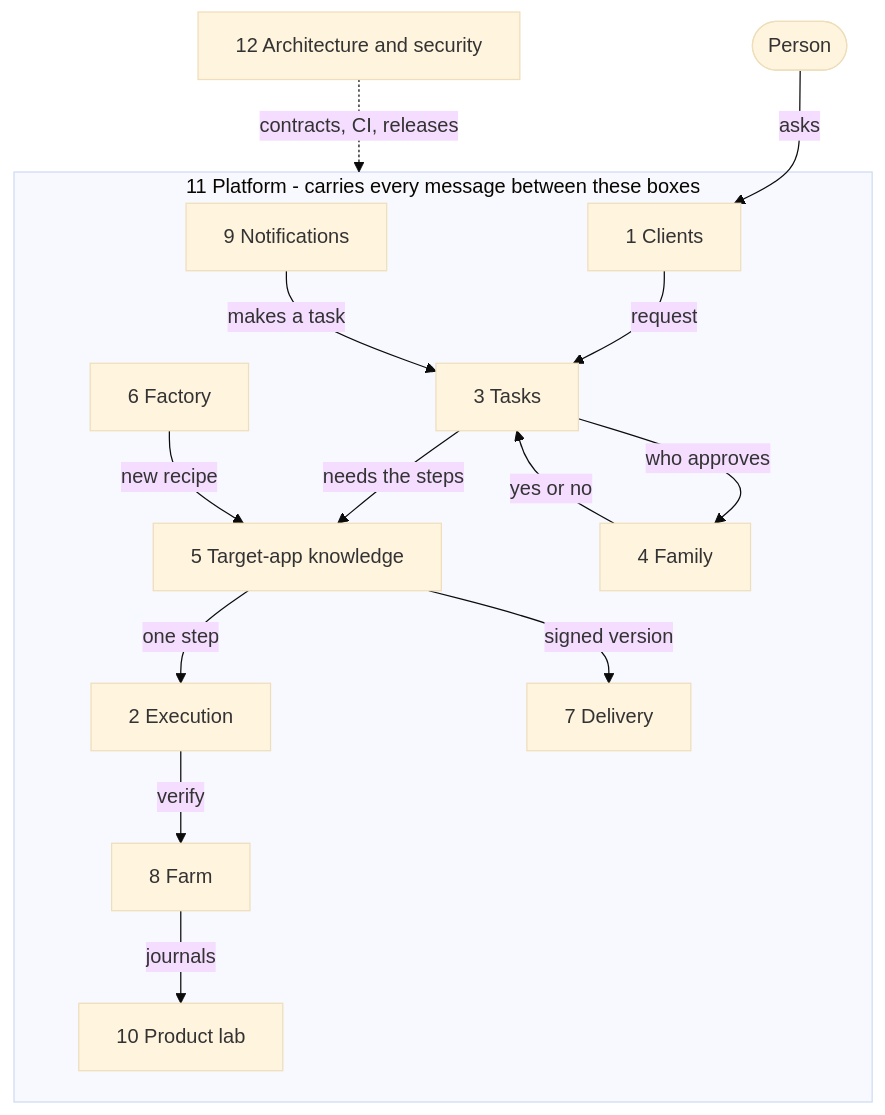
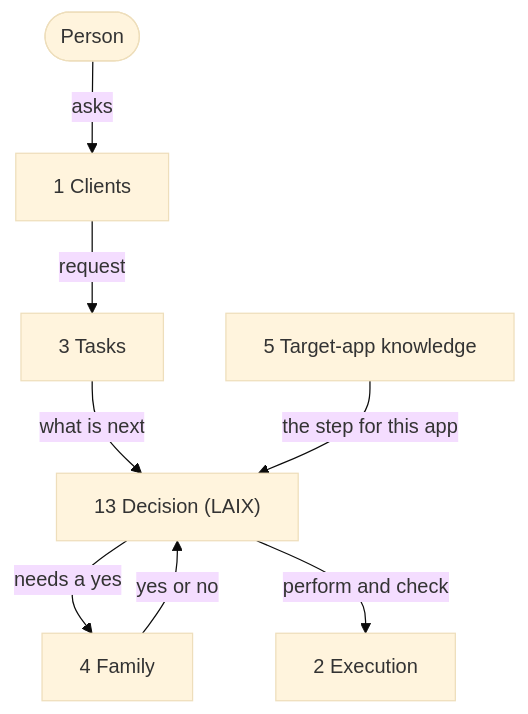
One commit to ChayaLevi/hopa changed the first of 2 diagrams in docs/project/operations/teams.md. Above: the diagram before and after it, drawn with Mermaid (base theme). The commit also changed other lines of this file, not shown here.

First line of the commit message:
docs(teams): add the decision brick and split the map in two

````diff
--- a/docs/project/operations/teams.md
+++ b/docs/project/operations/teams.md
@@ -63,31 +74,18 @@
 ```mermaid
 flowchart TB
     person(["Person"])
-    arch["12 Architecture and security"]
-
-    subgraph platform["11 Platform - carries every message between these boxes"]
-        clients["1 Clients"]
-        tasks["3 Tasks"]
-        knowledge["5 Target-app knowledge"]
-        execution["2 Execution"]
-        farm["8 Farm"]
-        lab["10 Product lab"]
-        family["4 Family"]
-        notes["9 Notifications"]
-        factory["6 Factory"]
-        delivery["7 Delivery"]
-    end
+    clients["1 Clients"]
+    tasks["3 Tasks"]
+    decision["13 Decision (LAIX)"]
+    family["4 Family"]
+    knowledge["5 Target-app knowledge"]
+    execution["2 Execution"]
 
     person -->|asks| clients
     clients -->|request| tasks
-    notes -->|makes a task| tasks
-    tasks -->|who approves| family
-    family -->|yes or no| tasks
-    tasks -->|needs the steps| knowledge
-    factory -->|new recipe| knowledge
-    knowledge -->|signed version| delivery
-    knowledge -->|one step| execution
-    execution -->|verify| farm
-    farm -->|journals| lab
-    arch -.->|contracts, CI, releases| platform
+    tasks -->|what is next| decision
+    knowledge -->|the step for this app| decision
+    decision -->|needs a yes| family
+    family -->|yes or no| decision
+    decision -->|perform and check| execution
 ```
````
